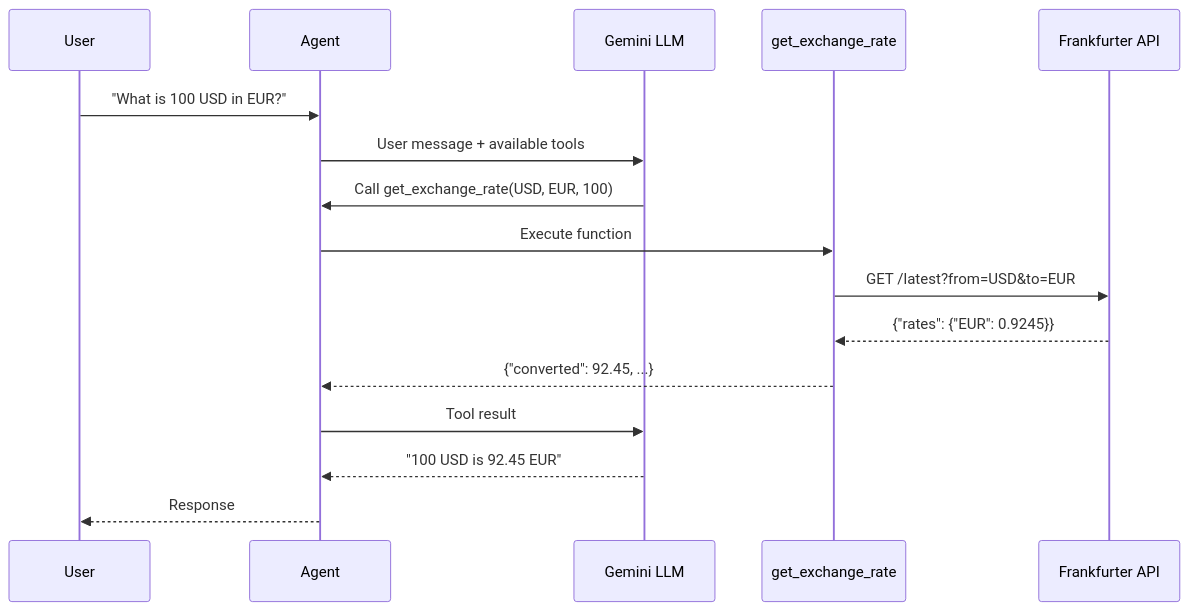
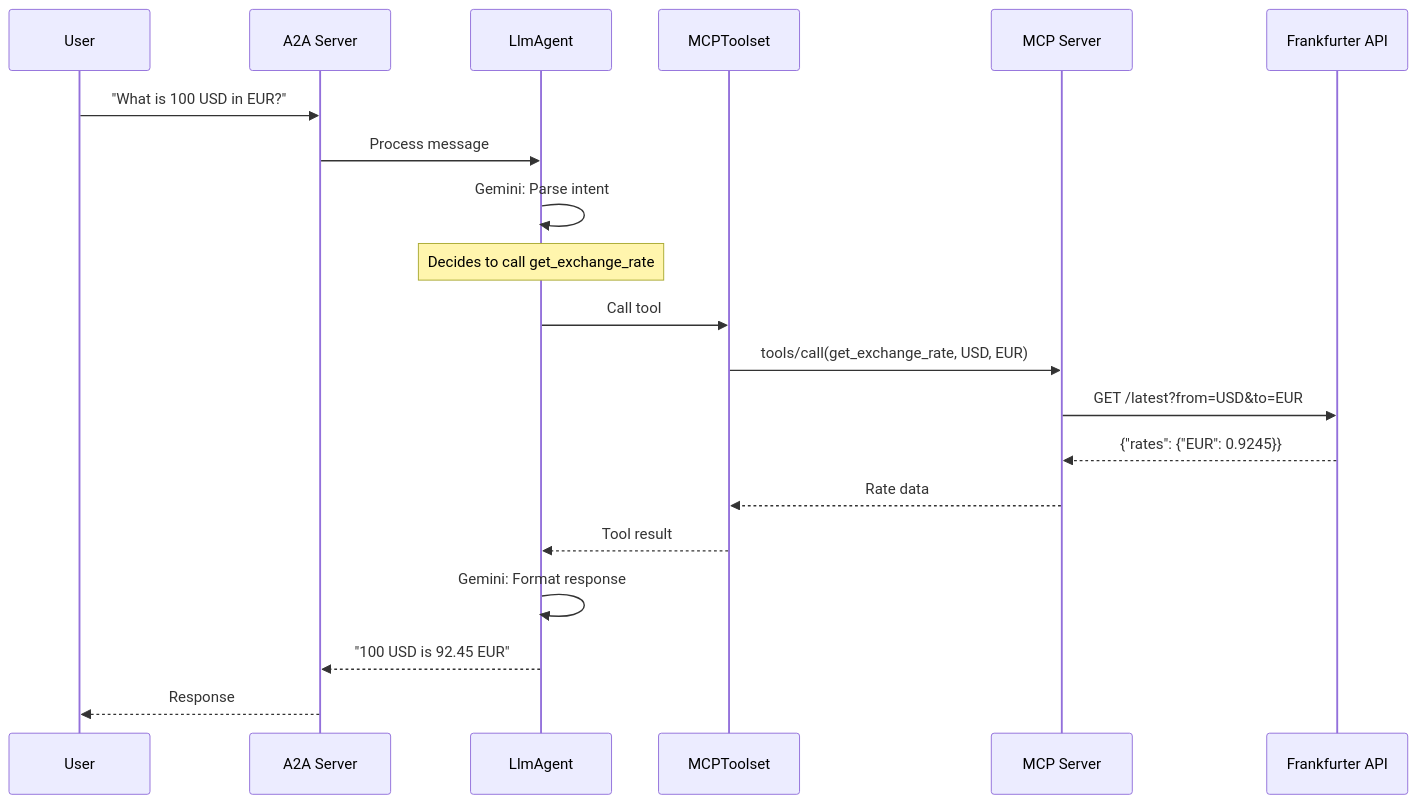
The diagram in docs/workshop/03-agent-developer/01-understand-agent.md (rrbanda/agent-sandbox-ocp), drawn with Mermaid before and after one commit. The commit also changed other lines of this file and 48 other files, not shown here.

````diff
--- a/docs/workshop/03-agent-developer/01-understand-agent.md
+++ b/docs/workshop/03-agent-developer/01-understand-agent.md
@@ -133,19 +237,23 @@
 ```mermaid
 sequenceDiagram
     participant User
-    participant Agent
-    participant LLM as Gemini LLM
-    participant Tool as get_exchange_rate
+    participant A2A as A2A Server
+    participant Agent as LlmAgent
+    participant MCP as MCPToolset
+    participant Server as MCP Server
     participant API as Frankfurter API
     
-    User->>Agent: "What is 100 USD in EUR?"
-    Agent->>LLM: User message + available tools
-    LLM->>Agent: Call get_exchange_rate(USD, EUR, 100)
-    Agent->>Tool: Execute function
-    Tool->>API: GET /latest?from=USD&to=EUR
-    API-->>Tool: {"rates": {"EUR": 0.9245}}
-    Tool-->>Agent: {"converted": 92.45, ...}
-    Agent->>LLM: Tool result
-    LLM-->>Agent: "100 USD is 92.45 EUR"
-    Agent-->>User: Response
+    User->>A2A: "What is 100 USD in EUR?"
+    A2A->>Agent: Process message
+    Agent->>Agent: Gemini: Parse intent
+    Note over Agent: Decides to call get_exchange_rate
+    Agent->>MCP: Call tool
+    MCP->>Server: tools/call(get_exchange_rate, USD, EUR)
+    Server->>API: GET /latest?from=USD&to=EUR
+    API-->>Server: {"rates": {"EUR": 0.9245}}
+    Server-->>MCP: Rate data
+    MCP-->>Agent: Tool result
+    Agent->>Agent: Gemini: Format response
+    Agent-->>A2A: "100 USD is 92.45 EUR"
+    A2A-->>User: Response
 ```
````
